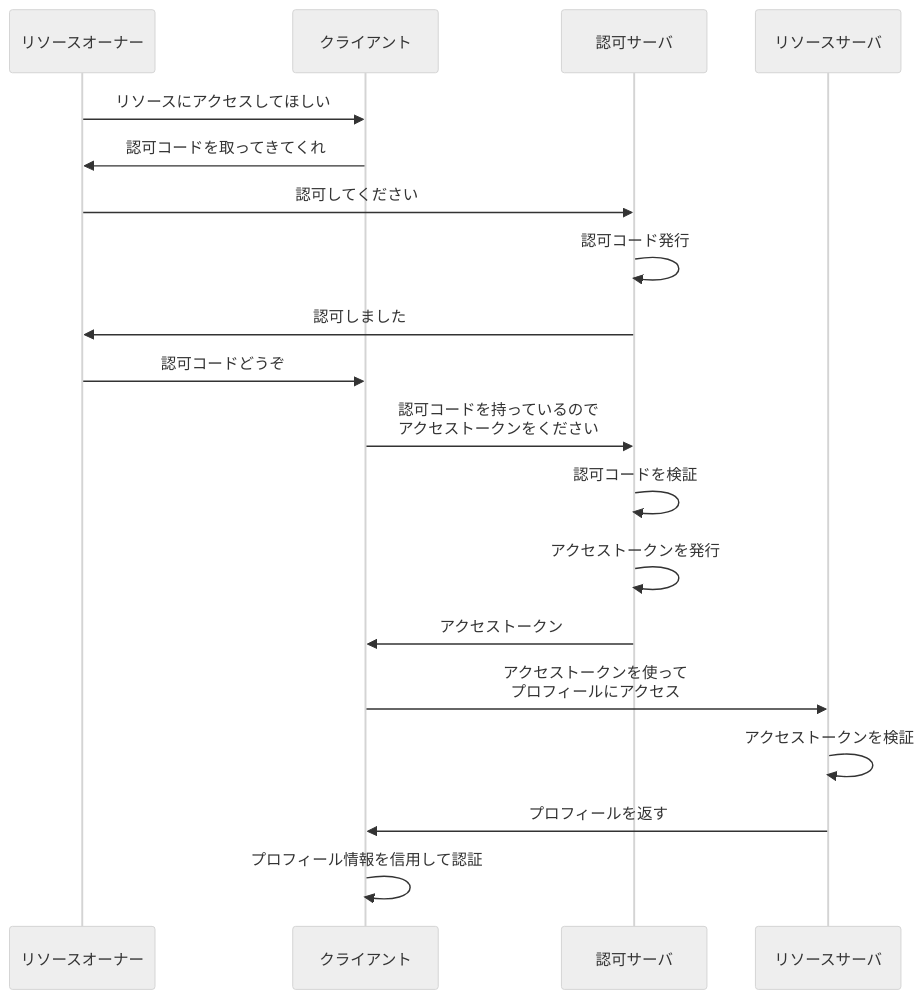
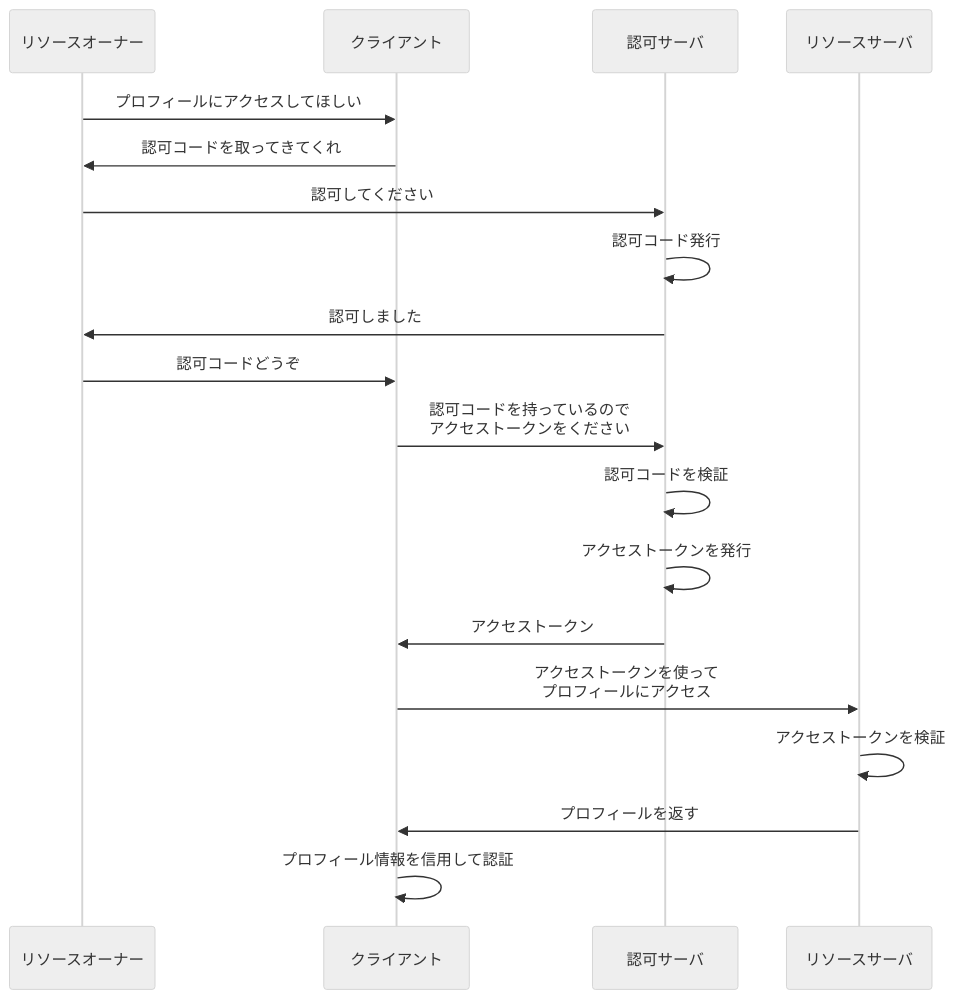
Diagram 18 of 20 in articles/5e8da6c491e720.md (calloc134/zenn-dir), drawn with Mermaid (neutral theme) before and after one commit. The commit also changed other lines of this file, not shown here.

````diff
--- a/articles/5e8da6c491e720.md
+++ b/articles/5e8da6c491e720.md
@@ -1656,22 +1656,22 @@
 ```mermaid
 sequenceDiagram
     participant リソースオーナー
     participant クライアント
     participant 認可サーバ
     participant リソースサーバ
 
-    リソースオーナー->>クライアント: リソースにアクセスしてほしい
+    リソースオーナー->>クライアント: プロフィールにアクセスしてほしい
     クライアント->>リソースオーナー: 認可コードを取ってきてくれ
     リソースオーナー->>認可サーバ: 認可してください
     認可サーバ->>認可サーバ: 認可コード発行
     認可サーバ->>リソースオーナー: 認可しました
     リソースオーナー->>クライアント: 認可コードどうぞ
     クライアント->>認可サーバ: 認可コードを持っているので<br>アクセストークンをください
     認可サーバ->>認可サーバ: 認可コードを検証
     認可サーバ->>認可サーバ: アクセストークンを発行
     認可サーバ->>クライアント: アクセストークン
     クライアント->>リソースサーバ: アクセストークンを使って<br>プロフィールにアクセス
     リソースサーバ->>リソースサーバ: アクセストークンを検証
     リソースサーバ->>クライアント: プロフィールを返す
     クライアント->>クライアント: プロフィール情報を信用して認証
 ```
````
